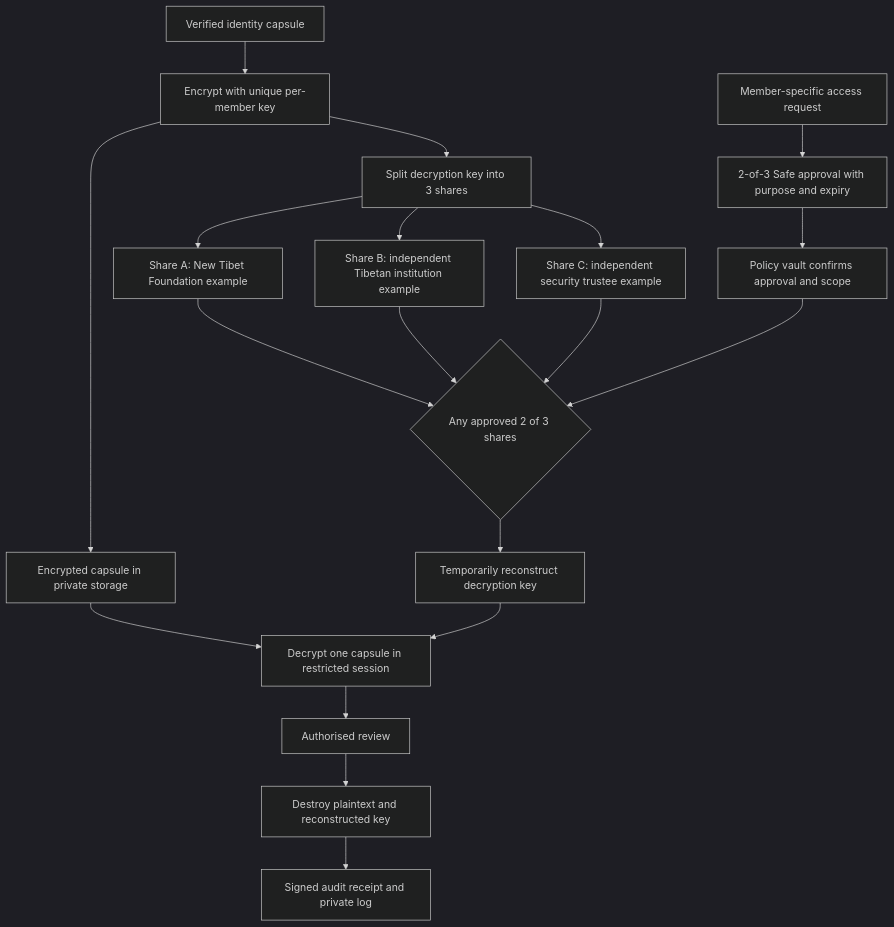
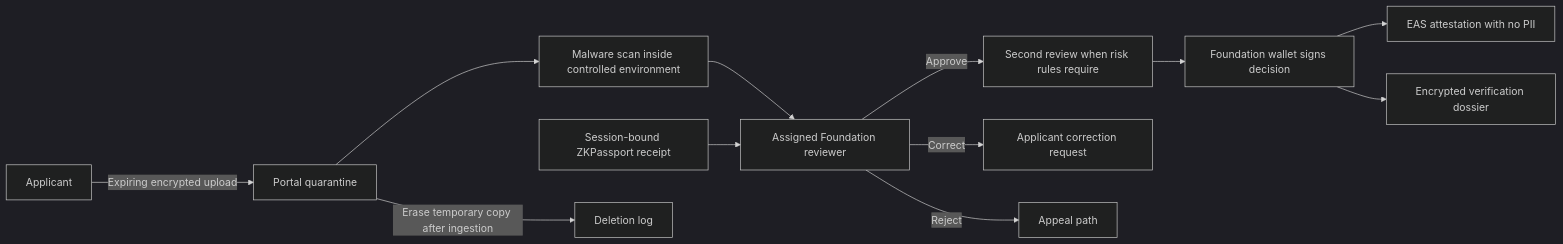
Before and after one commit to AlexJupiter/tibetan-id: the third of 6 diagrams in README.md, drawn with Mermaid (dark theme). The commit also changed other lines of this file, not shown here.

Commit message:
Add wallet-only access and auditable verification

````diff
--- a/README.md
+++ b/README.md
@@ -154,23 +163,14 @@
 ```mermaid
-flowchart TD
-    A[Verified identity capsule] --> B[Encrypt with unique per-member key]
-    B --> C[Encrypted capsule in private storage]
-    B --> D[Split decryption key into 3 shares]
-
-    D --> E[Share A: New Tibet Foundation example]
-    D --> F[Share B: independent Tibetan institution example]
-    D --> G[Share C: independent security trustee example]
-
-    H[Member-specific access request] --> I[2-of-3 Safe approval with purpose and expiry]
-    I --> J[Policy vault confirms approval and scope]
-    E --> K{Any approved 2 of 3 shares}
-    F --> K
-    G --> K
-    J --> K
-    K --> L[Temporarily reconstruct decryption key]
-    C --> M[Decrypt one capsule in restricted session]
-    L --> M
-    M --> N[Authorised review]
-    N --> O[Destroy plaintext and reconstructed key]
-    O --> P[Signed audit receipt and private log]
+flowchart LR
+    A[Applicant] -->|Expiring encrypted upload| B[Portal quarantine]
+    B --> C[Malware scan inside controlled environment]
+    C --> D[Assigned Foundation reviewer]
+    E[Session-bound ZKPassport receipt] --> D
+    D -->|Approve| F[Second review when risk rules require]
+    D -->|Correct| G[Applicant correction request]
+    D -->|Reject| H[Appeal path]
+    F --> I[Foundation wallet signs decision]
+    I --> J[EAS attestation with no PII]
+    I --> K[Encrypted verification dossier]
+    B -->|Erase temporary copy after ingestion| L[Deletion log]
 ```
````
